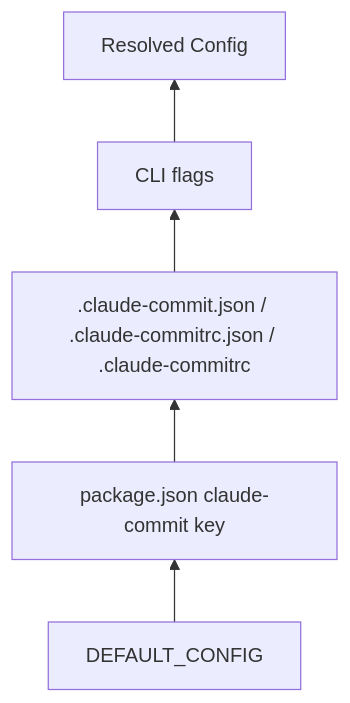
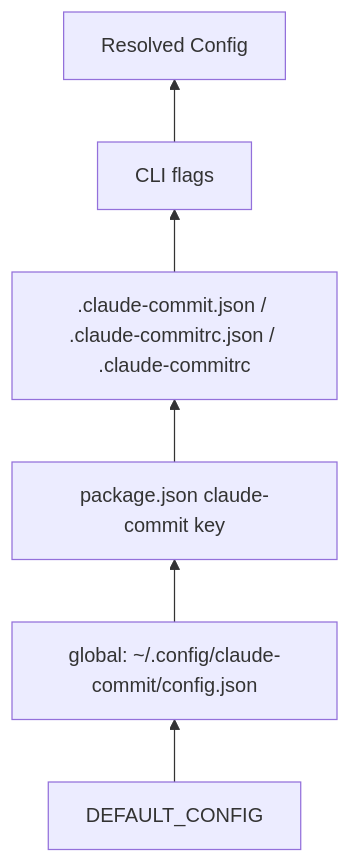
The third of 7 diagrams in WALKTHROUGH.md (synmux/claude-commit), drawn with Mermaid before and after one commit. The commit also changed other lines of this file and 6 other files, not shown here.

First line of the commit message:
✨ feat(config,prompts): add global config and fix option generation bug

````diff
--- a/WALKTHROUGH.md
+++ b/WALKTHROUGH.md
@@ -125,7 +125,8 @@
 ```mermaid
 flowchart BT
-  defaults[DEFAULT_CONFIG] --> pkg[package.json claude-commit key]
+  defaults[DEFAULT_CONFIG] --> global["global: ~/.config/claude-commit/config.json"]
+  global --> pkg[package.json claude-commit key]
   pkg --> file[.claude-commit.json / .claude-commitrc.json / .claude-commitrc]
   file --> flags[CLI flags]
   flags --> resolved[Resolved Config]
 ```
````
